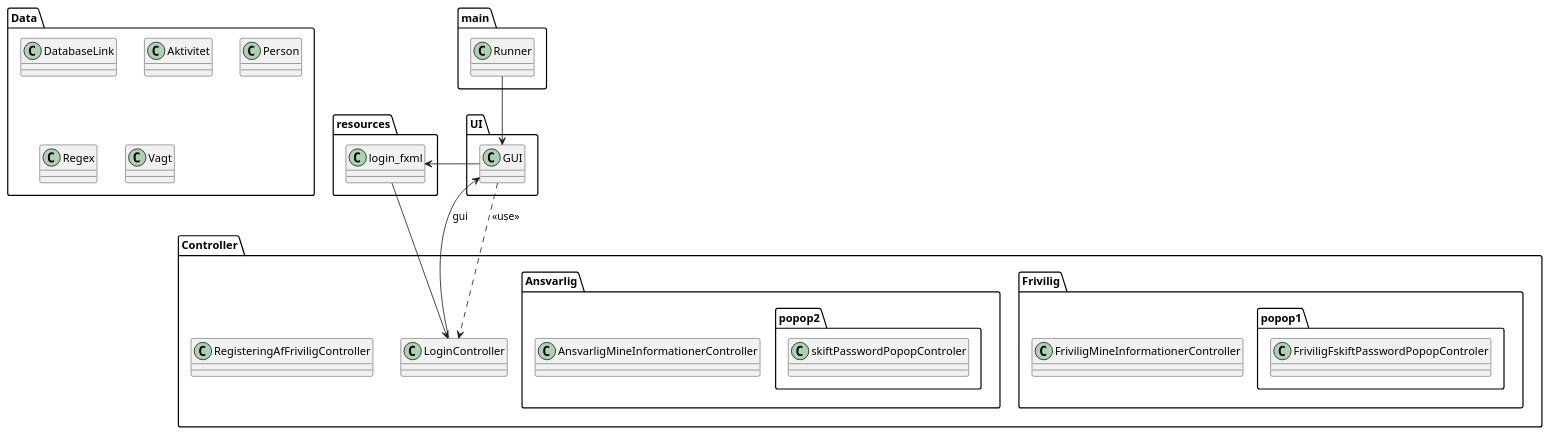
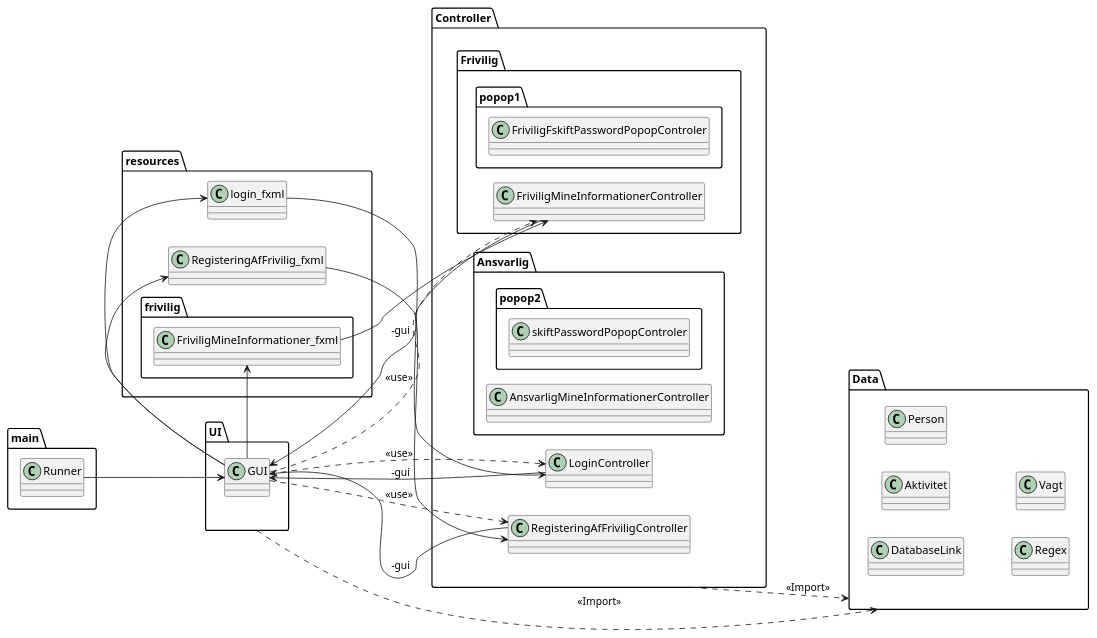
The diagram in src/grafik/package.puml (juliusstr/RoskildeProjektFrivillige62514), drawn with PlantUML before and after one commit.

Commit message:
package.puml WIP

```diff
--- a/src/grafik/package.puml
+++ b/src/grafik/package.puml
@@ -1,44 +1,66 @@
 @startuml
+skinparam classAttributeIconSize 0
+left to right direction
+
 package resources{
     class login_fxml
+    class RegisteringAfFrivilig_fxml
+    package frivilig{
+        class FriviligMineInformationer_fxml
+    }
 }
 
 package Controller {
     class LoginController
-
     class RegisteringAfFriviligController
     package Frivilig{
         class FriviligMineInformationerController
         package popop1{
             class FriviligFskiftPasswordPopopControler
         }
     }
     package Ansvarlig{
         class AnsvarligMineInformationerController
         package popop2{
             class skiftPasswordPopopControler
         }
     }
 }
+
 package main{
     class Runner
 }
 
 package UI {
     class GUI
 }
 
 package Data {
     class DatabaseLink
     class Aktivitet
     class Person
     class Regex
     class Vagt
 }
 
 Runner --> GUI
+
+UI ..> Data : <<Import>>
+Controller ..> Data : <<Import>>
+
 GUI --> login_fxml
 login_fxml --> LoginController
-LoginController --> GUI : "gui"
+LoginController --> GUI : " -gui"
 GUI ..> LoginController : "<<use>>"
+
+GUI --> RegisteringAfFrivilig_fxml
+RegisteringAfFrivilig_fxml --> RegisteringAfFriviligController
+RegisteringAfFriviligController --> GUI : " -gui"
+GUI ..> RegisteringAfFriviligController : "<<use>>"
+
+GUI --> FriviligMineInformationer_fxml
+FriviligMineInformationer_fxml --> FriviligMineInformationerController
+FriviligMineInformationerController --> GUI : " -gui"
+GUI ..> FriviligMineInformationerController : "<<use>>"
+
 @enduml
```
